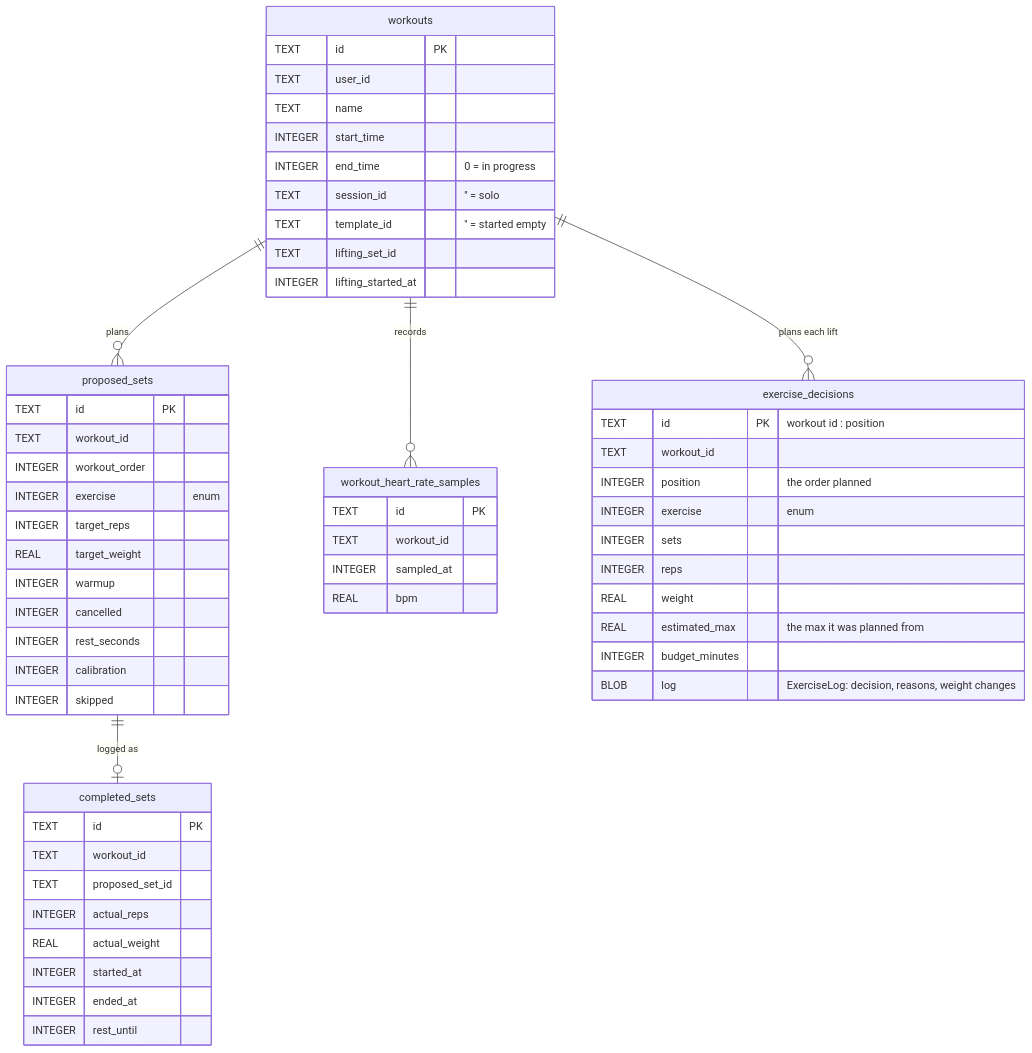
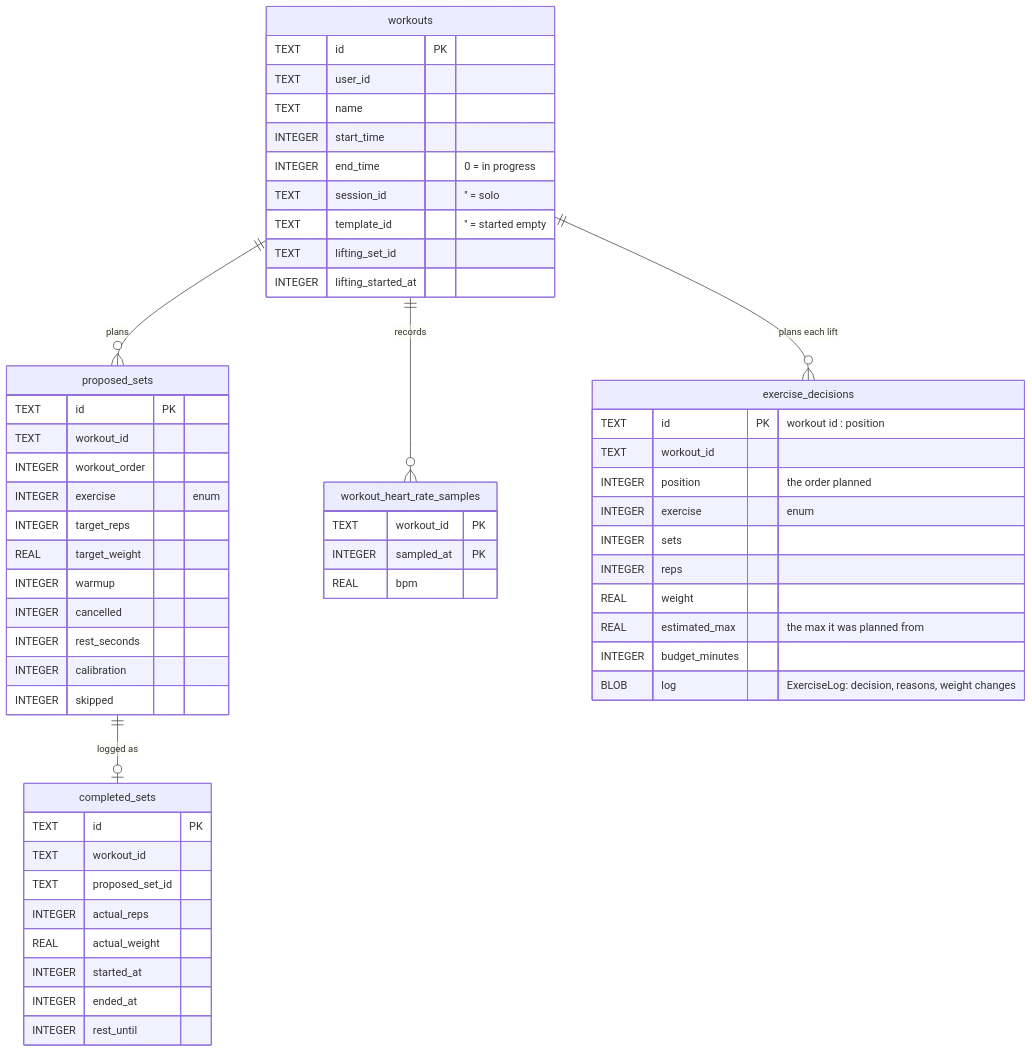
The second of 3 diagrams in docs/architecture/data-model.md (brensch/lift), drawn with Mermaid before and after one commit. The commit also changed other lines of this file and 46 other files, not shown here.

````diff
--- a/docs/architecture/data-model.md
+++ b/docs/architecture/data-model.md
@@ -64,60 +66,59 @@
 ```mermaid
 erDiagram
     workouts ||--o{ proposed_sets : "plans"
     proposed_sets ||--o| completed_sets : "logged as"
     workouts ||--o{ workout_heart_rate_samples : "records"
     workouts ||--o{ exercise_decisions : "plans each lift"
 
     workouts {
         TEXT id PK
         TEXT user_id
         TEXT name
         INTEGER start_time
         INTEGER end_time "0 = in progress"
         TEXT session_id "'' = solo"
         TEXT template_id "'' = started empty"
         TEXT lifting_set_id
         INTEGER lifting_started_at
     }
     proposed_sets {
         TEXT id PK
         TEXT workout_id
         INTEGER workout_order
         INTEGER exercise "enum"
         INTEGER target_reps
         REAL target_weight
         INTEGER warmup
         INTEGER cancelled
         INTEGER rest_seconds
         INTEGER calibration
         INTEGER skipped
     }
     completed_sets {
         TEXT id PK
         TEXT workout_id
         TEXT proposed_set_id
         INTEGER actual_reps
         REAL actual_weight
         INTEGER started_at
         INTEGER ended_at
         INTEGER rest_until
     }
     workout_heart_rate_samples {
-        TEXT id PK
-        TEXT workout_id
-        INTEGER sampled_at
+        TEXT workout_id PK
+        INTEGER sampled_at PK
         REAL bpm
     }
     exercise_decisions {
         TEXT id PK "workout id : position"
         TEXT workout_id
         INTEGER position "the order planned"
         INTEGER exercise "enum"
         INTEGER sets
         INTEGER reps
         REAL weight
         REAL estimated_max "the max it was planned from"
         INTEGER budget_minutes
         BLOB log "ExerciseLog: decision, reasons, weight changes"
     }
 ```
````
